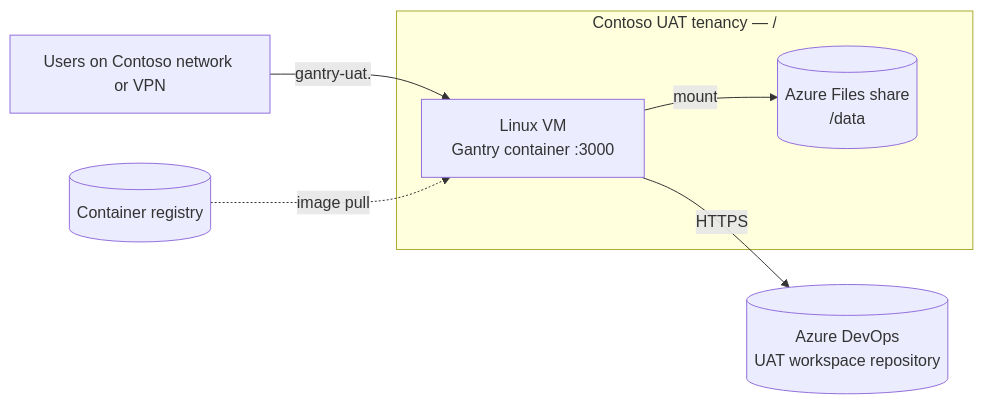
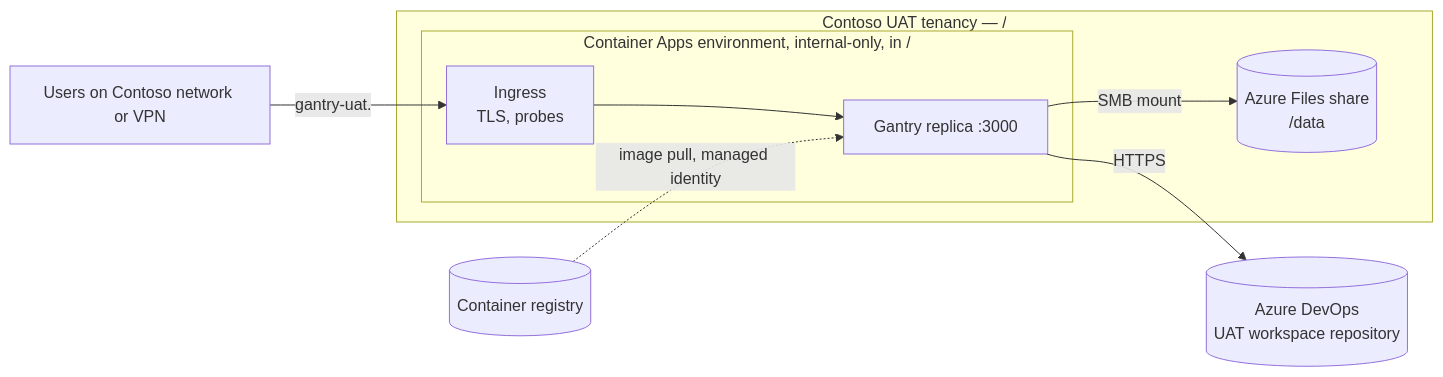
Before and after one commit to cgbarlow/gantry: the third of 4 diagrams in instances/gantry/modules/solution-definition.md, drawn with Mermaid. The commit also changed other lines of this file and 11 other files, not shown here.

First line of the commit message:
Revise the gantry hosting SOAP to Azure Container Apps (WI #354); 0.3.1-beta

````diff
--- a/instances/gantry/modules/solution-definition.md
+++ b/instances/gantry/modules/solution-definition.md
@@ -60,11 +60,15 @@
 ```mermaid
 flowchart LR
-  U[Users on Contoso network or VPN] -- "gantry-uat.<internal-domain>" --> VM
+  U[Users on Contoso network or VPN] -- "gantry-uat.<internal-domain>" --> ING
   subgraph UAT["Contoso UAT tenancy — <contoso-uat-subscription> / <rg-gantry-uat>"]
-    VM["Linux VM\nGantry container :3000"]
+    subgraph ENV["Container Apps environment, internal-only, in <vnet-uat>/<subnet-aca>"]
+      ING["Ingress\nTLS, probes"]
+      R1["Gantry replica :3000"]
+      ING --> R1
+    end
     FS[("Azure Files share\n/data")]
-    VM -- mount --> FS
+    R1 -- SMB mount --> FS
   end
-  VM -- HTTPS --> ADO[("Azure DevOps\nUAT workspace repository")]
-  REG[("Container registry")] -. image pull .-> VM
+  R1 -- HTTPS --> ADO[("Azure DevOps\nUAT workspace repository")]
+  REG[("Container registry")] -. image pull, managed identity .-> R1
 ```
````
